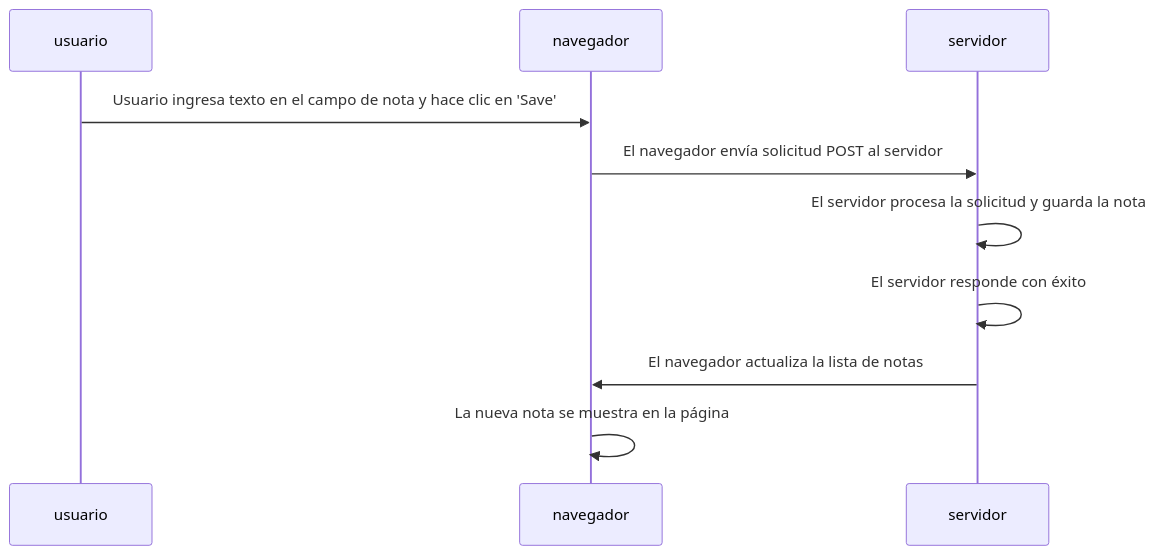
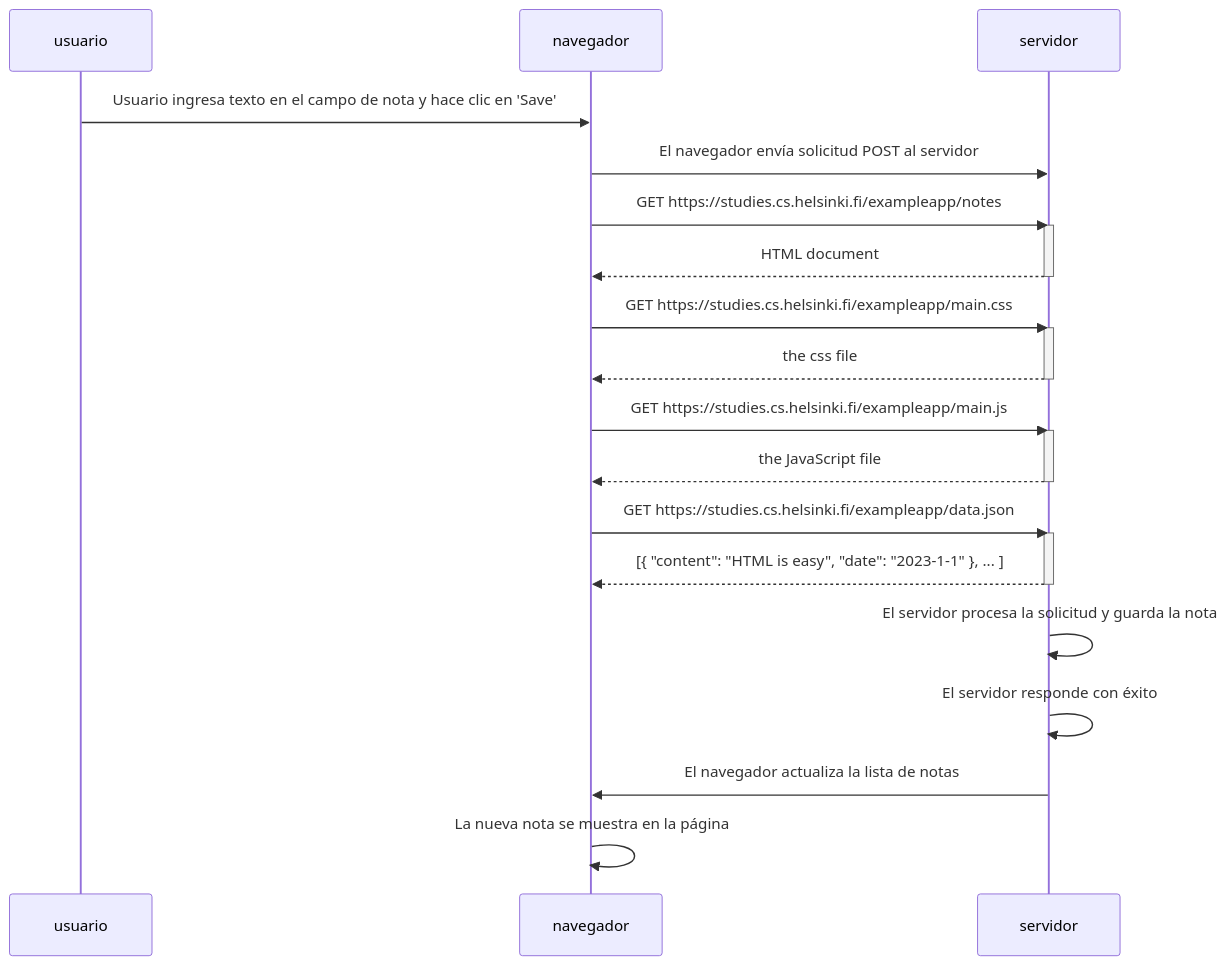
The diagram in new_note_mermaid.md (xavilos/Full_Stack_Open-), drawn with Mermaid before and after one commit.

Commit message:
Update new_note_mermaid.md
actualiza diagrama

````diff
--- a/new_note_mermaid.md
+++ b/new_note_mermaid.md
@@ -1,12 +1,33 @@
 ```mermaid
 sequenceDiagram
 participant usuario
 participant navegador
 participant servidor
-    usuario->>navegador: Usuario ingresa texto en el campo de nota y hace clic en 'Save'
-    navegador->>servidor: El navegador envía solicitud POST al servidor
-    servidor->>servidor: El servidor procesa la solicitud y guarda la nota
-    servidor->>servidor: El servidor responde con éxito
-   servidor->>navegador:El navegador actualiza la lista de notas
-   navegador->>navegador: La nueva nota se muestra en la página
+usuario->>navegador: Usuario ingresa texto en el campo de nota y hace clic en 'Save'
+navegador->>servidor: El navegador envía solicitud POST al servidor
+
+navegador->>servidor: GET https://studies.cs.helsinki.fi/exampleapp/notes
+activate servidor
+servidor-->>navegador: HTML document
+deactivate servidor
+
+navegador->>servidor: GET https://studies.cs.helsinki.fi/exampleapp/main.css
+activate servidor
+servidor-->>navegador: the css file
+deactivate servidor
+
+navegador->>servidor: GET https://studies.cs.helsinki.fi/exampleapp/main.js
+activate servidor
+servidor-->>navegador: the JavaScript file
+deactivate servidor
+
+navegador->>servidor: GET https://studies.cs.helsinki.fi/exampleapp/data.json
+activate servidor
+servidor-->>navegador: [{ "content": "HTML is easy", "date": "2023-1-1" }, ... ]
+deactivate servidor
+
+servidor->>servidor: El servidor procesa la solicitud y guarda la nota
+servidor->>servidor: El servidor responde con éxito
+servidor->>navegador:El navegador actualiza la lista de notas
+navegador->>navegador: La nueva nota se muestra en la página
 ```
````
